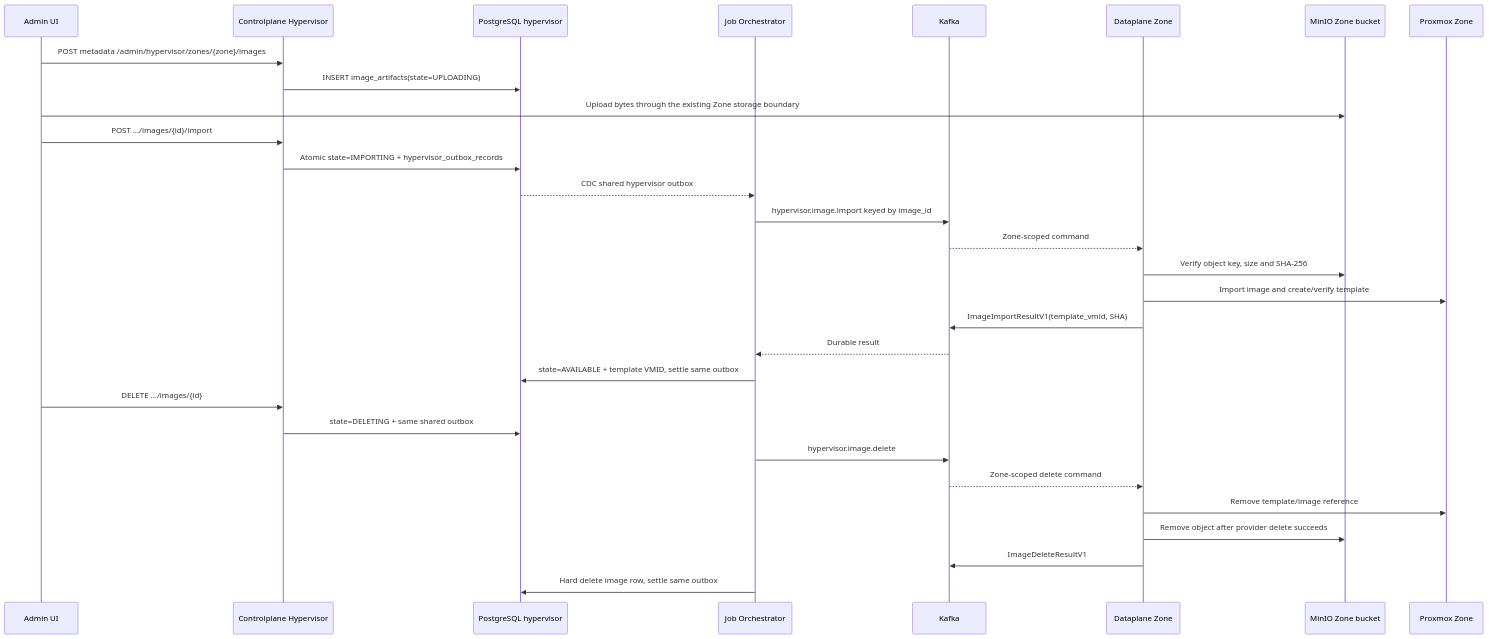
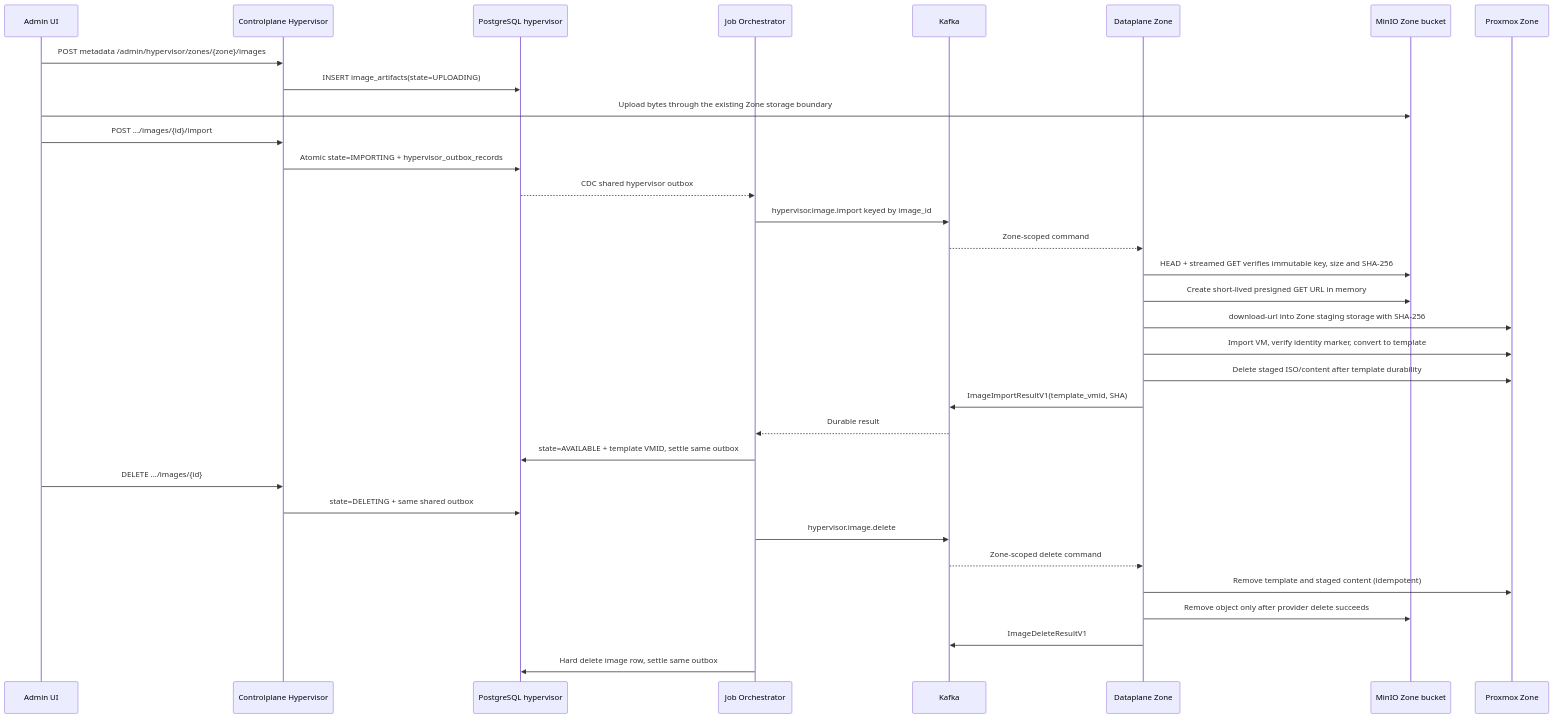
The diagram in god_view/hypervisor/hypervisor_image_registry_god_view.md (phucle996/aurora), drawn with Mermaid before and after one commit. The commit also changed other lines of this file and 11 other files, not shown here.

Commit message:
feat: implement S3-backed hypervisor image import and deletion flow with integrity verification

````diff
--- a/god_view/hypervisor/hypervisor_image_registry_god_view.md
+++ b/god_view/hypervisor/hypervisor_image_registry_god_view.md
@@ -44,34 +44,37 @@
 ```mermaid
 sequenceDiagram
     participant Admin as Admin UI
     participant CP as Controlplane Hypervisor
     participant DB as PostgreSQL hypervisor
     participant JO as Job Orchestrator
     participant K as Kafka
     participant DP as Dataplane Zone
     participant S3 as MinIO Zone bucket
     participant PVE as Proxmox Zone
 
     Admin->>CP: POST metadata /admin/hypervisor/zones/{zone}/images
     CP->>DB: INSERT image_artifacts(state=UPLOADING)
     Admin->>S3: Upload bytes through the existing Zone storage boundary
     Admin->>CP: POST .../images/{id}/import
     CP->>DB: Atomic state=IMPORTING + hypervisor_outbox_records
     DB-->>JO: CDC shared hypervisor outbox
     JO->>K: hypervisor.image.import keyed by image_id
     K-->>DP: Zone-scoped command
-    DP->>S3: Verify object key, size and SHA-256
-    DP->>PVE: Import image and create/verify template
+    DP->>S3: HEAD + streamed GET verifies immutable key, size and SHA-256
+    DP->>S3: Create short-lived presigned GET URL in memory
+    DP->>PVE: download-url into Zone staging storage with SHA-256
+    DP->>PVE: Import VM, verify identity marker, convert to template
+    DP->>PVE: Delete staged ISO/content after template durability
     DP->>K: ImageImportResultV1(template_vmid, SHA)
     K-->>JO: Durable result
     JO->>DB: state=AVAILABLE + template VMID, settle same outbox
 
     Admin->>CP: DELETE .../images/{id}
     CP->>DB: state=DELETING + same shared outbox
     JO->>K: hypervisor.image.delete
     K-->>DP: Zone-scoped delete command
-    DP->>PVE: Remove template/image reference
-    DP->>S3: Remove object after provider delete succeeds
+    DP->>PVE: Remove template and staged content (idempotent)
+    DP->>S3: Remove object only after provider delete succeeds
     DP->>K: ImageDeleteResultV1
     JO->>DB: Hard delete image row, settle same outbox
 ```
````
